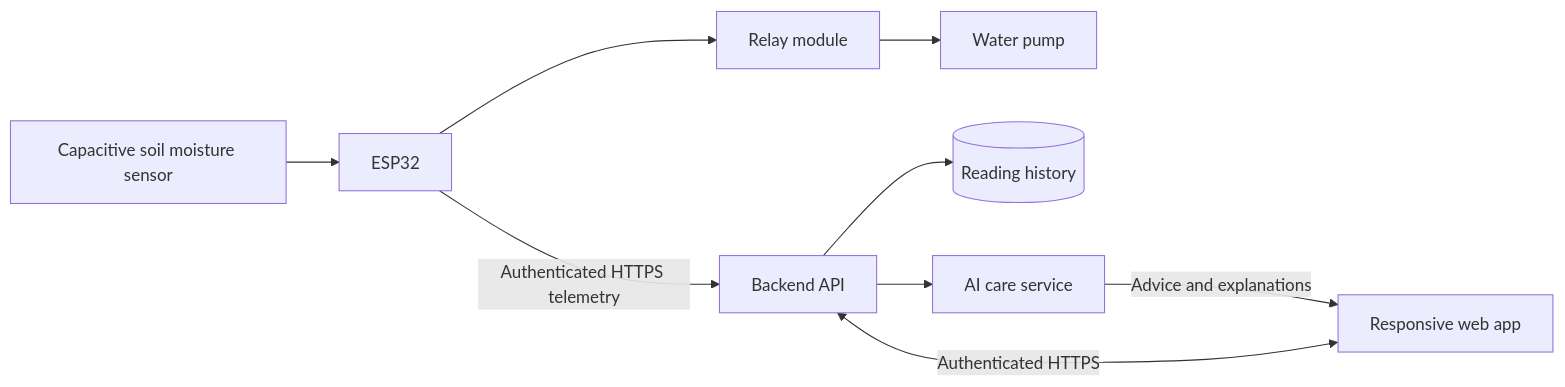
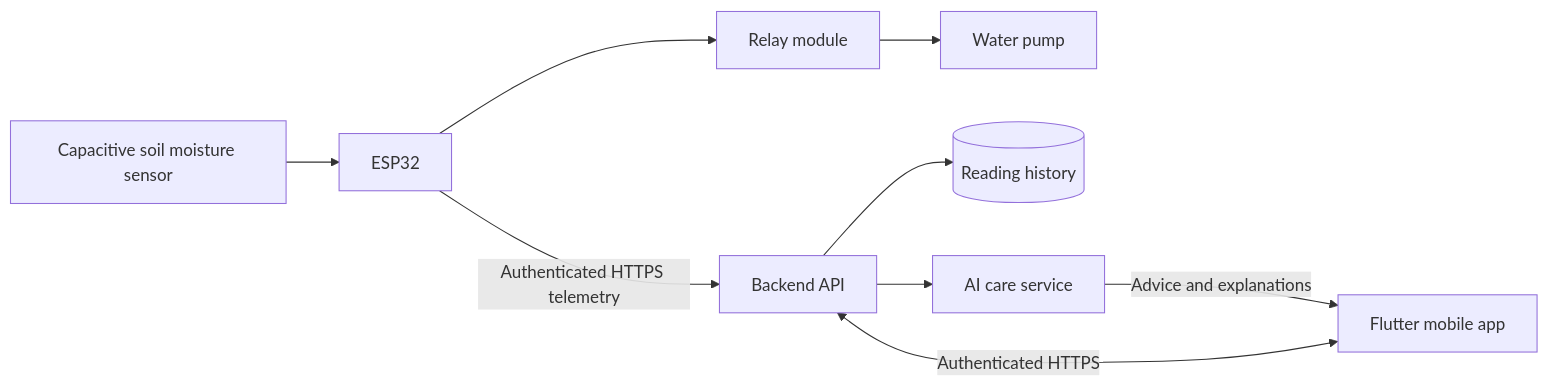
One commit to alhamadaniamir/Automated-IoT-Indoor-Plant-Monitoring-System-with-AI-assisted-Plant-Care changed the diagram in README.md. Above: the diagram before and after it, drawn with Mermaid. The commit also changed other lines of this file and 132 other files, not shown here.

````diff
--- a/README.md
+++ b/README.md
@@ -42,11 +42,11 @@
 ```mermaid
 flowchart LR
     Sensor[Capacitive soil moisture sensor] --> Controller[ESP32]
     Controller --> Relay[Relay module]
     Relay --> Pump[Water pump]
     Controller -->|Authenticated HTTPS telemetry| API[Backend API]
     API --> Database[(Reading history)]
-    Web[Responsive web app] <-->|Authenticated HTTPS| API
+    Mobile[Flutter mobile app] <-->|Authenticated HTTPS| API
     API --> Care[AI care service]
-    Care -->|Advice and explanations| Web
+    Care -->|Advice and explanations| Mobile
 ```
````
